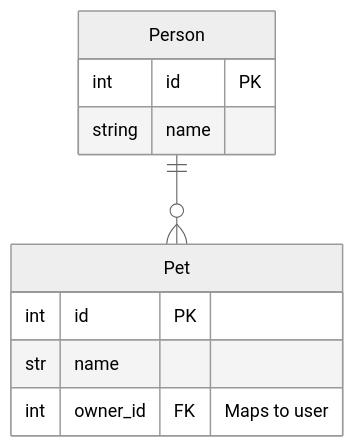
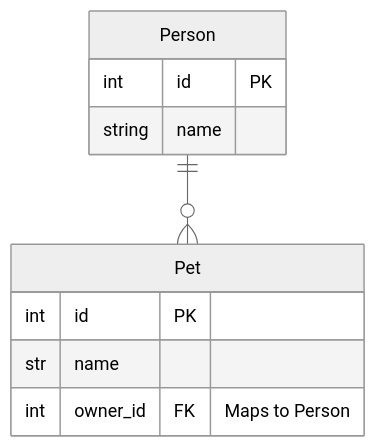
Before and after one commit to zzcczc/COMP0035-tutorials-2025: the second of 2 diagrams in docs/5_classes_orm/5-08-sqlalchemy.md, drawn with Mermaid (neutral theme). The commit also changed other lines of this file and 8 other files, not shown here.

````diff
--- a/docs/5_classes_orm/5-08-sqlalchemy.md
+++ b/docs/5_classes_orm/5-08-sqlalchemy.md
@@ -134,13 +135,13 @@
 ```mermaid
 erDiagram
     Person {
         int id PK
         string name
     }
     Pet {
         int id PK
         str name
-        int owner_id FK "Maps to user"
+        int owner_id FK "Maps to Person"
     }
     Person ||--o{ Pet: ""
 ```
````
